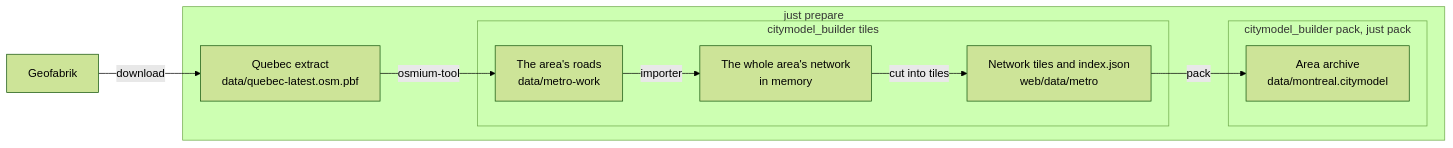
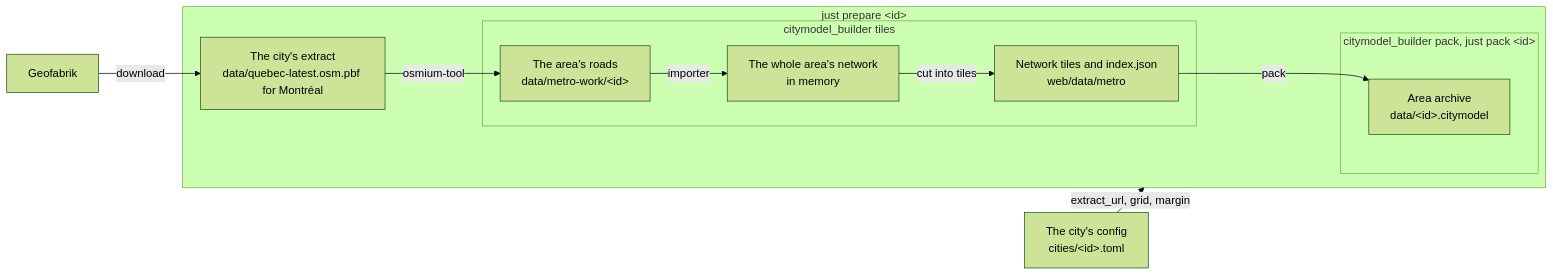
Before and after one commit to alandovskis/cityloom: the first of 5 diagrams in website/docs/architecture/runtime.md, drawn with Mermaid (forest theme). The commit also changed other lines of this file and 13 other files, not shown here.

First line of the commit message:
Document `just prepare <city>` and how to add a city (CLM-75)

````diff
--- a/website/docs/architecture/runtime.md
+++ b/website/docs/architecture/runtime.md
@@ -18,20 +20,22 @@
 ```mermaid
 flowchart LR
   geofabrik[Geofabrik]
-  subgraph prepare [just prepare]
-    extract["Quebec extract<br/>data/quebec-latest.osm.pbf"]
+  config["The city's config<br/>cities/&lt;id&gt;.toml"]
+  subgraph prepare [just prepare &lt;id&gt;]
+    extract["The city's extract<br/>data/quebec-latest.osm.pbf for Montréal"]
     subgraph tiles [citymodel_builder tiles]
-      roads["The area's roads<br/>data/metro-work"]
+      roads["The area's roads<br/>data/metro-work/&lt;id&gt;"]
       network["The whole area's network<br/>in memory"]
       metro["Network tiles and index.json<br/>web/data/metro"]
     end
-    subgraph pack [citymodel_builder pack, just pack]
-      archive["Area archive<br/>data/montreal.citymodel"]
+    subgraph pack [citymodel_builder pack, just pack &lt;id&gt;]
+      archive["Area archive<br/>data/&lt;id&gt;.citymodel"]
     end
   end
+  config -- extract_url, grid, margin --> prepare
   geofabrik -- download --> extract
   extract -- osmium-tool --> roads
   roads -- importer --> network
   network -- cut into tiles --> metro
   metro -- pack --> archive
 ```
````
